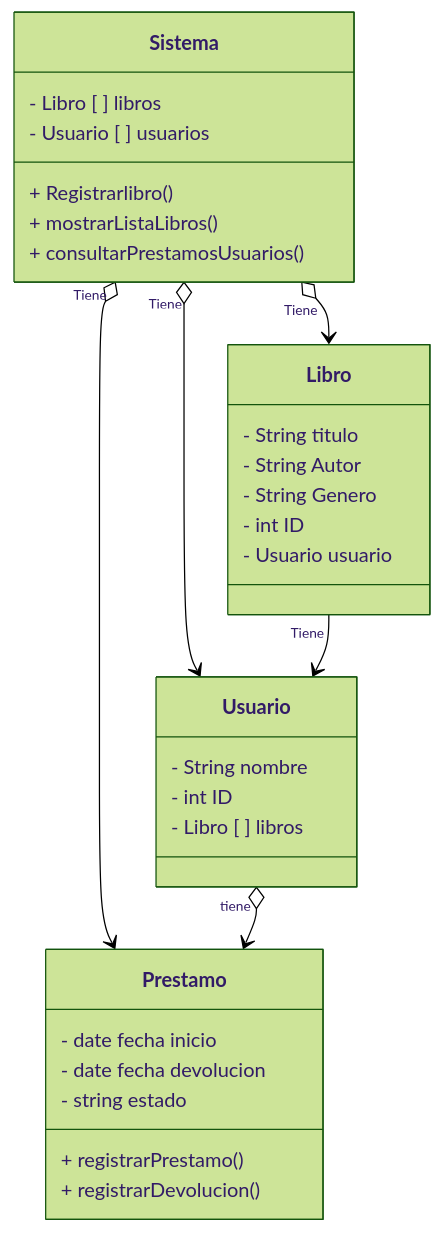
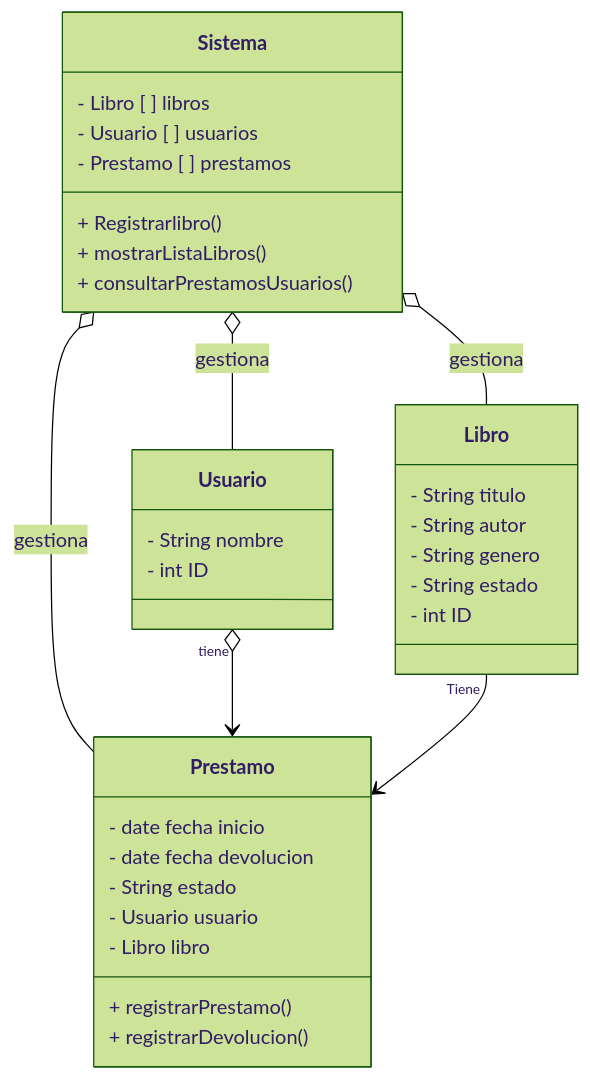
One commit to 300CIS017-Object-Oriented-Programming/5-dise-o-objetos-felipe08121 changed the diagram in diagramas.md. Above: the diagram before and after it, drawn with Mermaid (forest theme).

Commit message:
MOD: Correcion a las asociaciones y los atributos.

````diff
--- a/diagramas.md
+++ b/diagramas.md
@@ -1,40 +1,43 @@
 ``` mermaid
 classDiagram
     Sistema: - Libro [ ] libros
     Sistema: - Usuario [ ] usuarios
+    Sistema: - Prestamo [ ] prestamos
     Sistema: + Registrarlibro()
     
     Sistema: + mostrarListaLibros()
     Sistema: + consultarPrestamosUsuarios()
-    Sistema "Tiene"o--> Libro
-    Sistema "Tiene"o--> Usuario
-    Sistema "Tiene"o--> Prestamo
+
+
+    Sistema o--  Usuario : gestiona
+    Sistema o-- Libro : gestiona
+    Sistema o--  Prestamo : gestiona
 
     class Usuario{
         - String nombre
         - int ID 
-        - Libro [ ] libros
-
     }
 
     
     Usuario "tiene" o--> Prestamo
-    Libro "Tiene"--> Usuario
+    Libro "Tiene"--> Prestamo
 
 
     class Libro{
          - String titulo
-         - String Autor
-         - String Genero
+         - String autor
+         - String genero
+         - String estado
          - int ID
-         - Usuario usuario
     }
     
     class Prestamo{
         - date fecha inicio
         - date fecha devolucion
-        - string estado
+        - String estado
+        - Usuario usuario
+        - Libro libro
         + registrarPrestamo( )
         + registrarDevolucion()
     }
 ```
````
